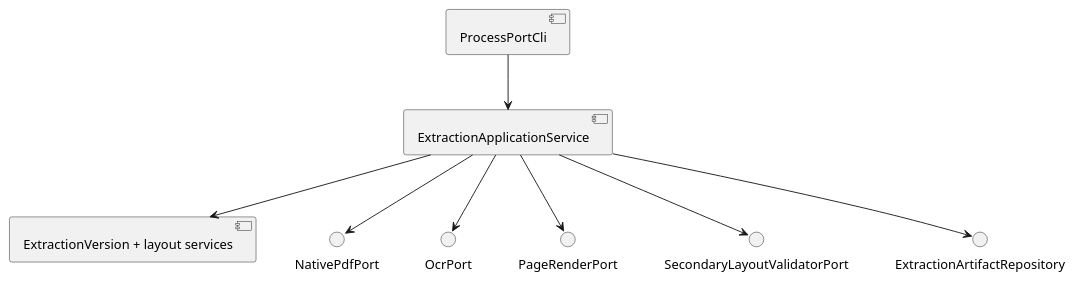
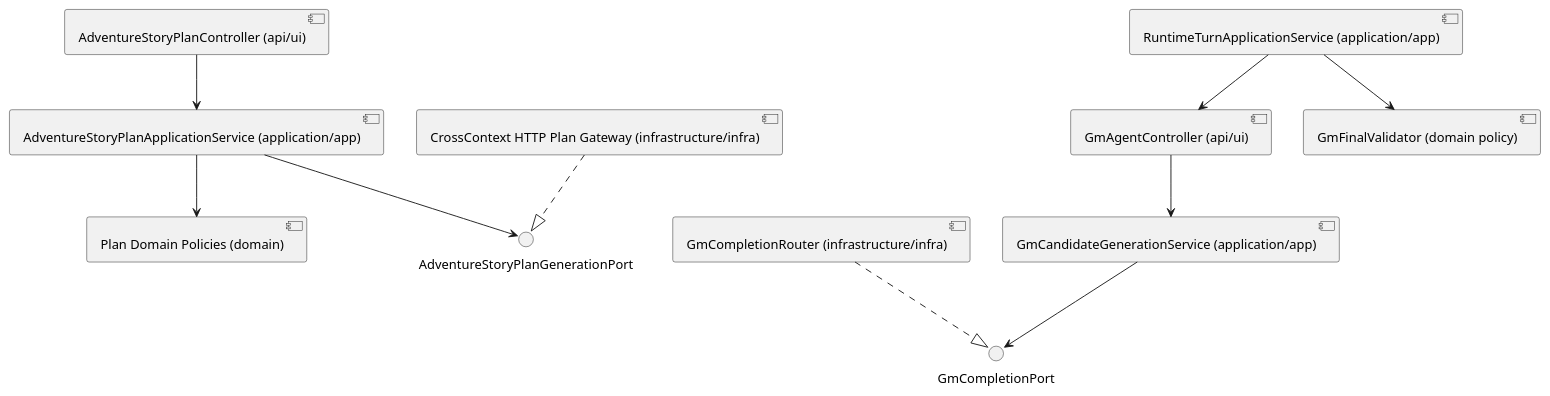
The fourth of 4 diagrams in docs/specs/architecture-spec.md (omegafrog/dnd-master), drawn with PlantUML before and after one commit. The commit also changed other lines of this file and 64 other files, not shown here.

Commit message:
feat: harden adventure runtime quality

````diff
--- a/docs/specs/architecture-spec.md
+++ b/docs/specs/architecture-spec.md
@@ -234,19 +299,24 @@
 ```plantuml
 @startuml
-component "ProcessPortCli" as cli
-component "ExtractionApplicationService" as app
-component "ExtractionVersion + layout services" as domain
-interface "NativePdfPort" as pdf
-interface "OcrPort" as ocr
-interface "PageRenderPort" as render
-interface "SecondaryLayoutValidatorPort" as second
-interface "ExtractionArtifactRepository" as repo
-cli --> app
-app --> domain
-app --> pdf
-app --> ocr
-app --> render
-app --> second
-app --> repo
+component "AdventureStoryPlanController (api/ui)" as planApi
+component "AdventureStoryPlanApplicationService (application/app)" as planApp
+component "Plan Domain Policies (domain)" as planDomain
+interface "AdventureStoryPlanGenerationPort" as planPort
+component "CrossContext HTTP Plan Gateway (infrastructure/infra)" as planGateway
+component "GmAgentController (api/ui)" as gmApi
+component "GmCandidateGenerationService (application/app)" as gmApp
+interface "GmCompletionPort" as completionPort
+component "GmCompletionRouter (infrastructure/infra)" as router
+component "RuntimeTurnApplicationService (application/app)" as runtime
+component "GmFinalValidator (domain policy)" as finalValidator
+planApi --> planApp
+planApp --> planDomain
+planApp --> planPort
+planGateway ..|> planPort
+gmApi --> gmApp
+gmApp --> completionPort
+router ..|> completionPort
+runtime --> finalValidator
+runtime --> gmApi
 @enduml
 ```
````
